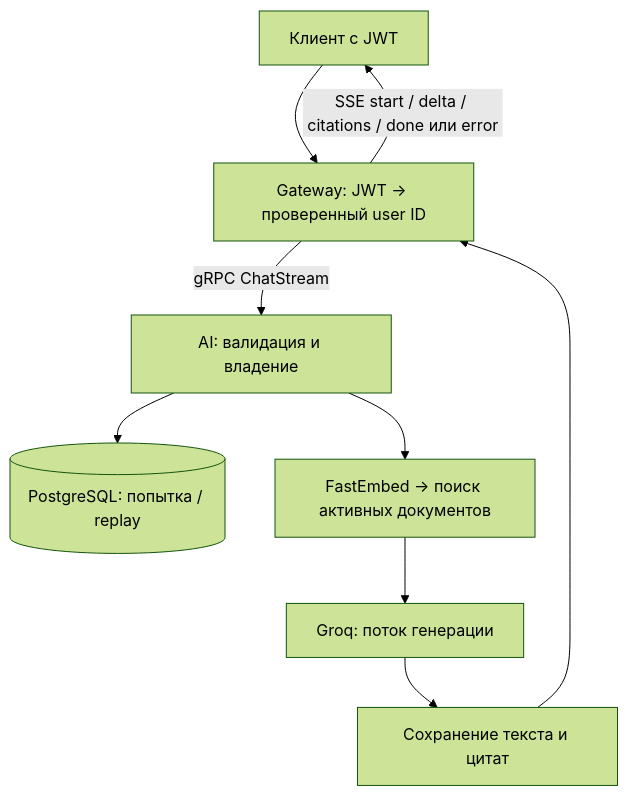
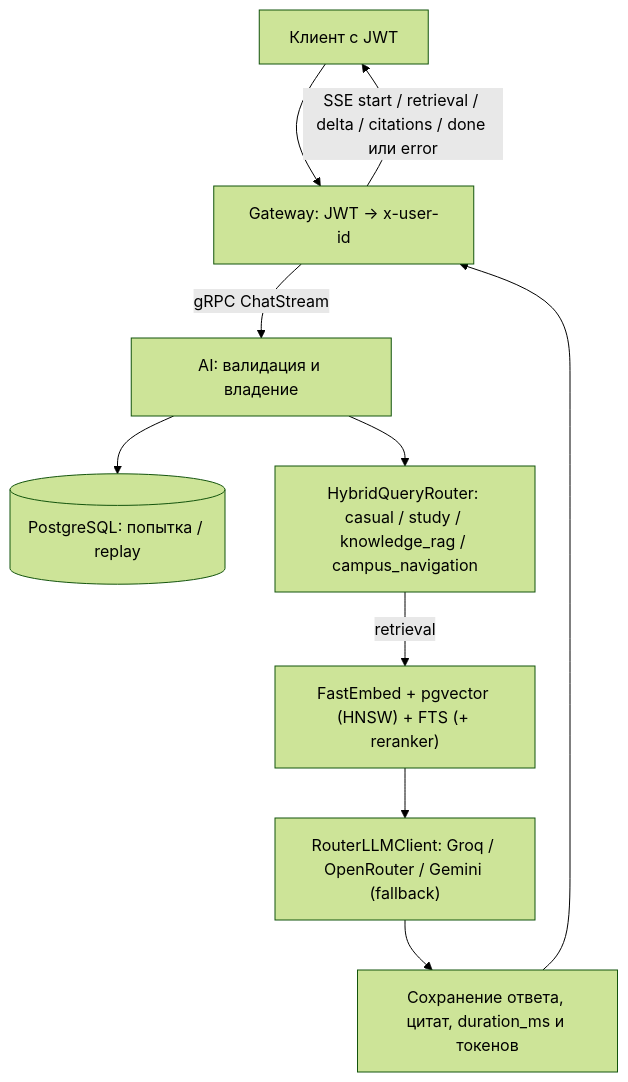
One commit to orbit-polytech/orbit-docs changed the diagram in docs/python-ai/request-flow.md. Above: the diagram before and after it, drawn with Mermaid (forest theme). The commit also changed other lines of this file and 41 other files, not shown here.

````diff
--- a/docs/python-ai/request-flow.md
+++ b/docs/python-ai/request-flow.md
@@ -3,11 +3,12 @@
 ```mermaid
 flowchart TD
-    C["Клиент с JWT"] --> G["Gateway: JWT → проверенный user ID"]
+    C["Клиент с JWT"] --> G["Gateway: JWT → x-user-id"]
     G -->|gRPC ChatStream| A["AI: валидация и владение"]
     A --> S[("PostgreSQL: попытка / replay")]
-    A --> R["FastEmbed → поиск активных документов"]
-    R --> L["Groq: поток генерации"]
-    L --> P["Сохранение текста и цитат"]
+    A --> R["HybridQueryRouter: casual / study / knowledge_rag / campus_navigation"]
+    R -->|retrieval| V["FastEmbed + pgvector (HNSW) + FTS (+ reranker)"]
+    V --> L["RouterLLMClient: Groq / OpenRouter / Gemini (fallback)"]
+    L --> P["Сохранение ответа, цитат, duration_ms и токенов"]
     P --> G
-    G -->|SSE start / delta / citations / done или error| C
+    G -->|SSE start / retrieval / delta / citations / done или error| C
 ```
````
